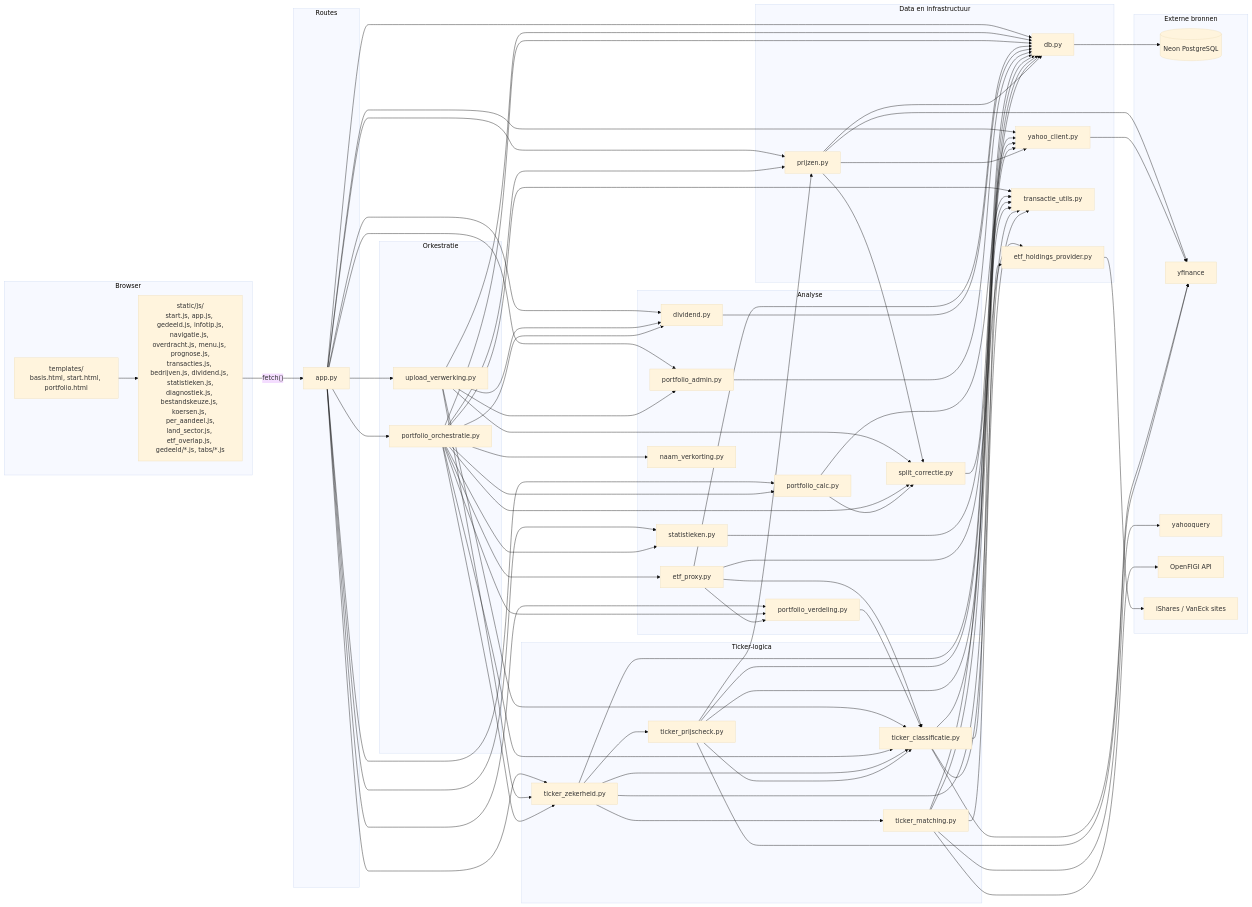
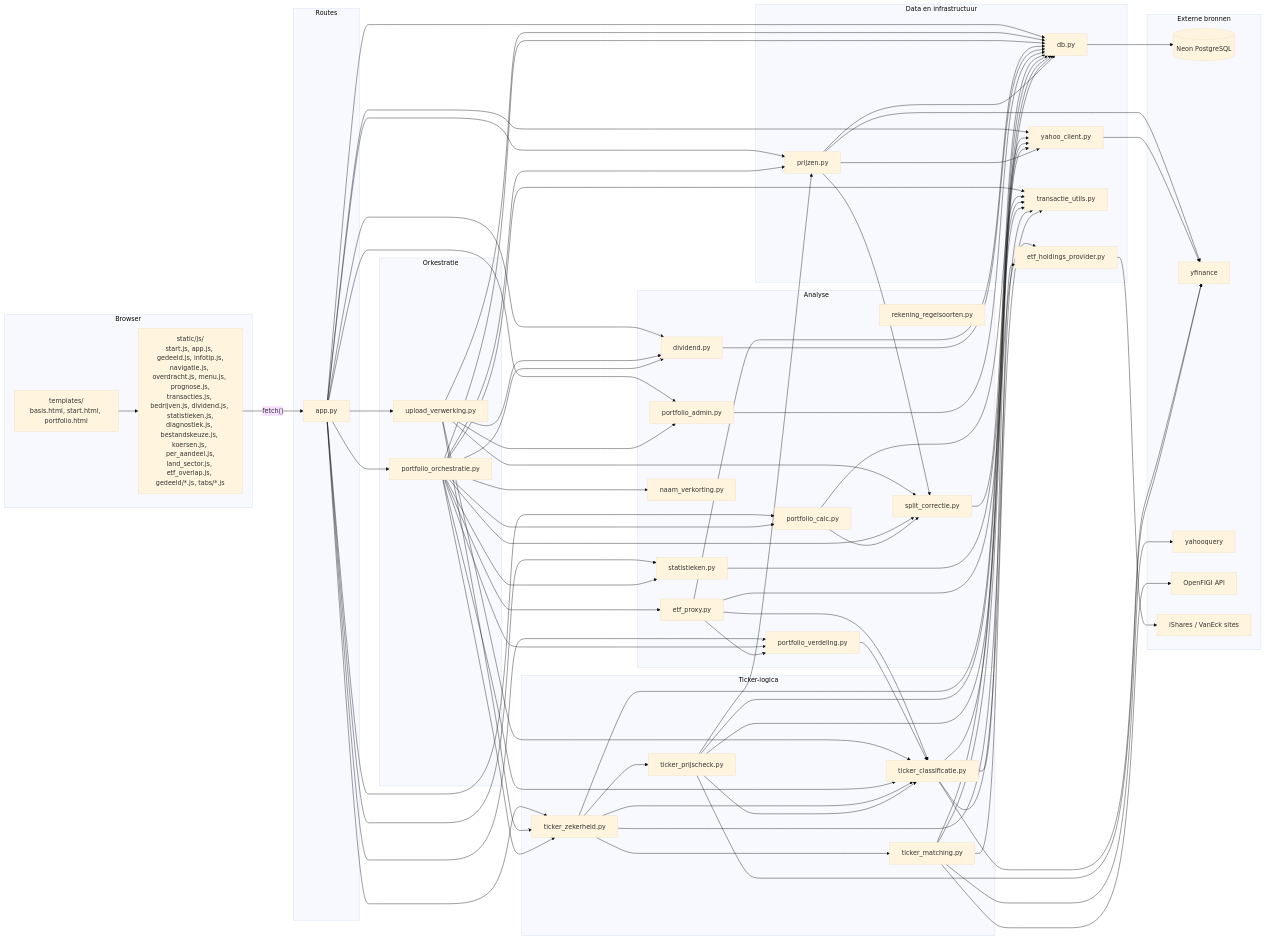
One commit to lobkest/portfolioTracker changed the first of 4 diagrams in docs/CODE_OVERZICHT.md. Above: the diagram before and after it, drawn with Mermaid (base theme). The commit also changed other lines of this file and 40 other files, not shown here.

```diff
--- a/docs/CODE_OVERZICHT.md
+++ b/docs/CODE_OVERZICHT.md
@@ -91,6 +91,7 @@
         STAT["statistieken.py"]
         VERD["portfolio_verdeling.py"]
         DIV["dividend.py"]
+        REGS["rekening_regelsoorten.py"]
         ADM["portfolio_admin.py"]
         SPLIT["split_correctie.py"]
         NAAM["naam_verkorting.py"]
```
